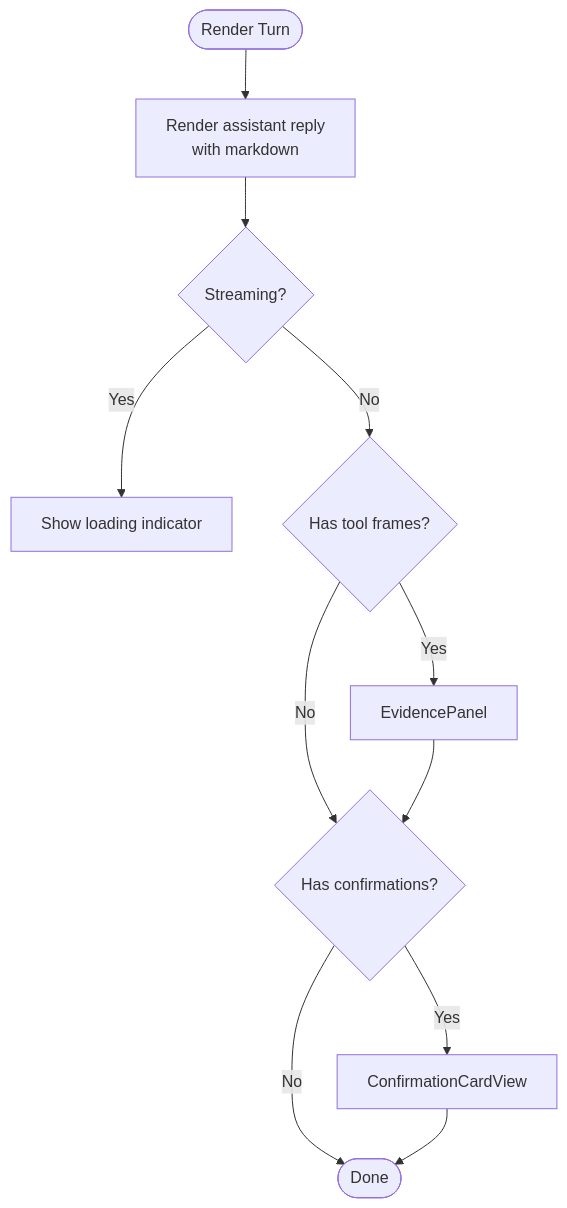
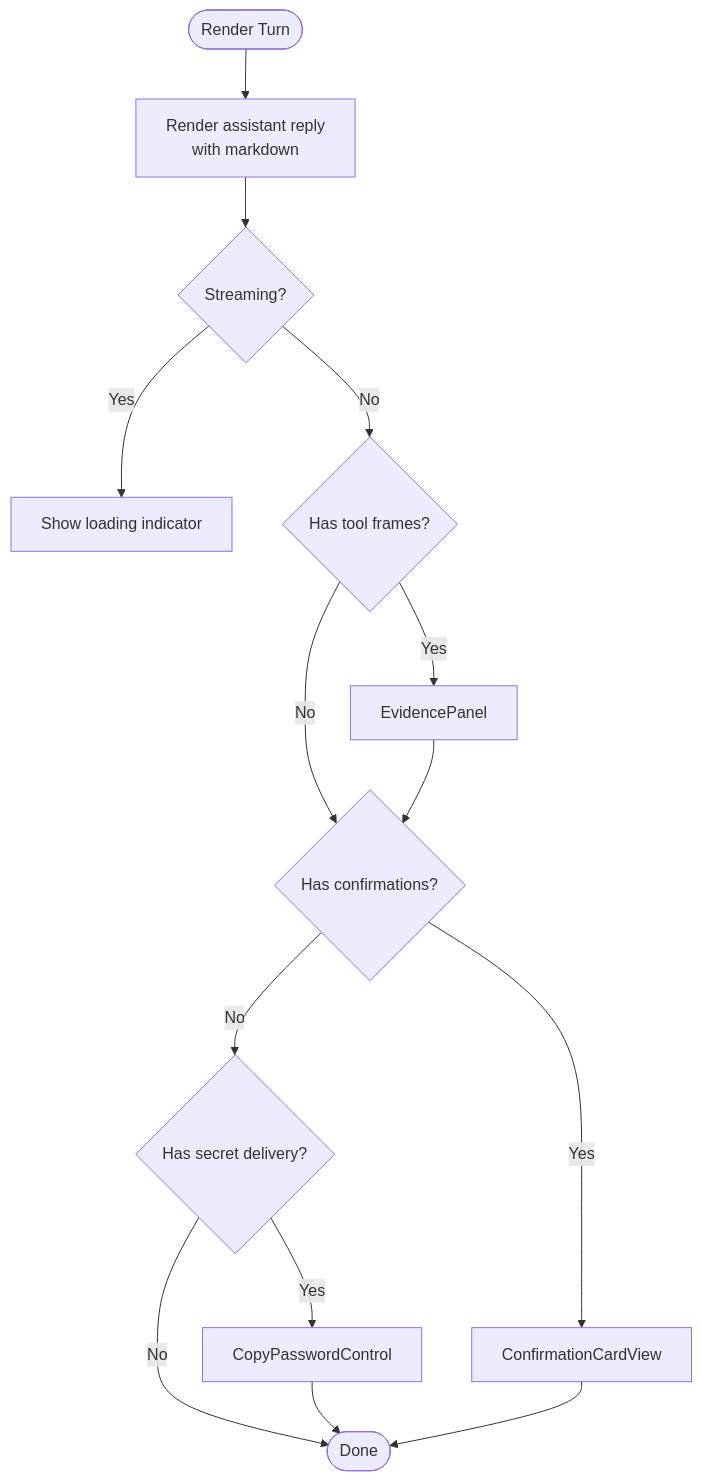
One commit to metasync/luban-aiops changed the third of 9 diagrams in .qoder/repowiki/en/content/Operator Portal/Chat Interface/Chat Interface.md. Above: the diagram before and after it, drawn with Mermaid. The commit also changed other lines of this file and 56 other files, not shown here.

First line of the commit message:
docs: refresh repowiki knowledge cache (SPEC-062 secret delivery, v0.42.0)

````diff
--- a/.qoder/repowiki/en/content/Operator Portal/Chat Interface/Chat Interface.md
+++ b/.qoder/repowiki/en/content/Operator Portal/Chat Interface/Chat Interface.md
@@ -159,13 +188,16 @@
 ```mermaid
 flowchart TD
 Start(["Render Turn"]) --> Reply["Render assistant reply<br/>with markdown"]
 Reply --> Loading{"Streaming?"}
 Loading --> |Yes| Spinner["Show loading indicator"]
 Loading --> |No| Evidence{"Has tool frames?"}
 Evidence --> |Yes| Evid["EvidencePanel"]
 Evidence --> |No| Confirm{"Has confirmations?"}
 Evid --> Confirm
 Confirm --> |Yes| Card["ConfirmationCardView"]
-Confirm --> |No| End(["Done"])
+Confirm --> |No| Secret{"Has secret delivery?"}
+Secret --> |Yes| CopyCtrl["CopyPasswordControl"]
+Secret --> |No| End(["Done"])
+CopyCtrl --> End
 Card --> End
 ```
````
